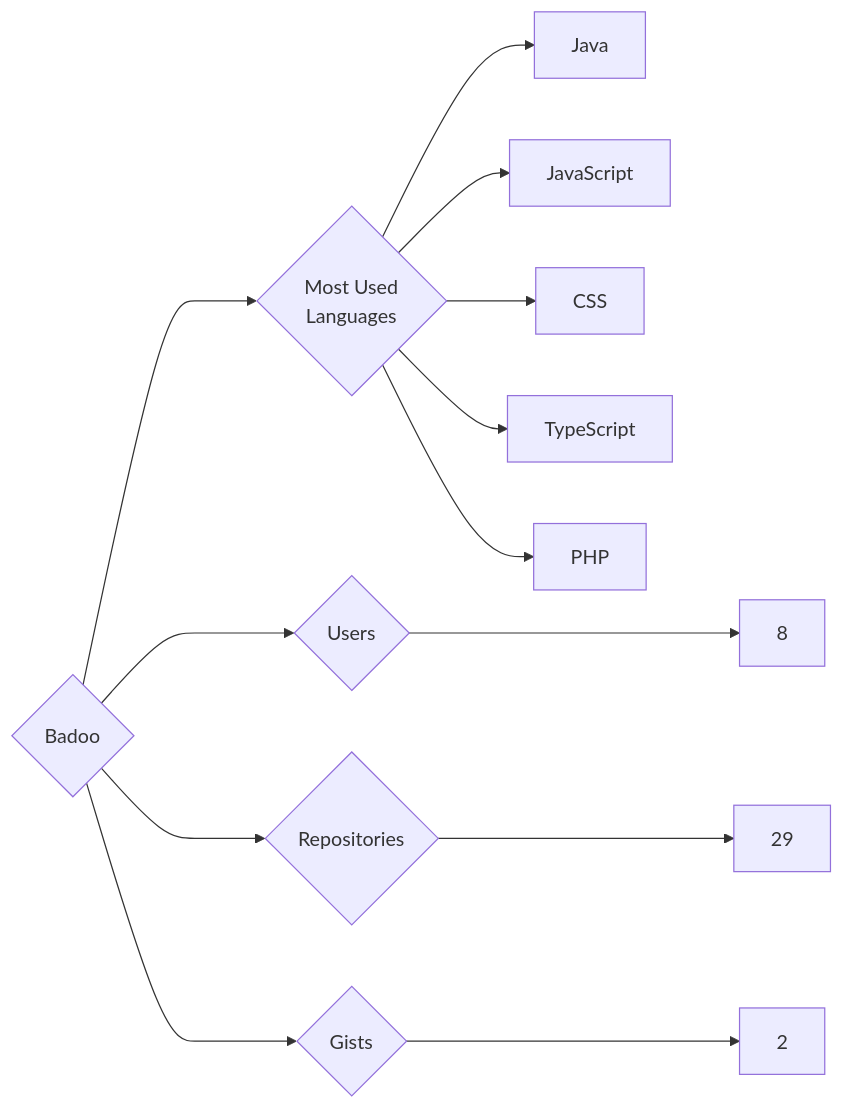
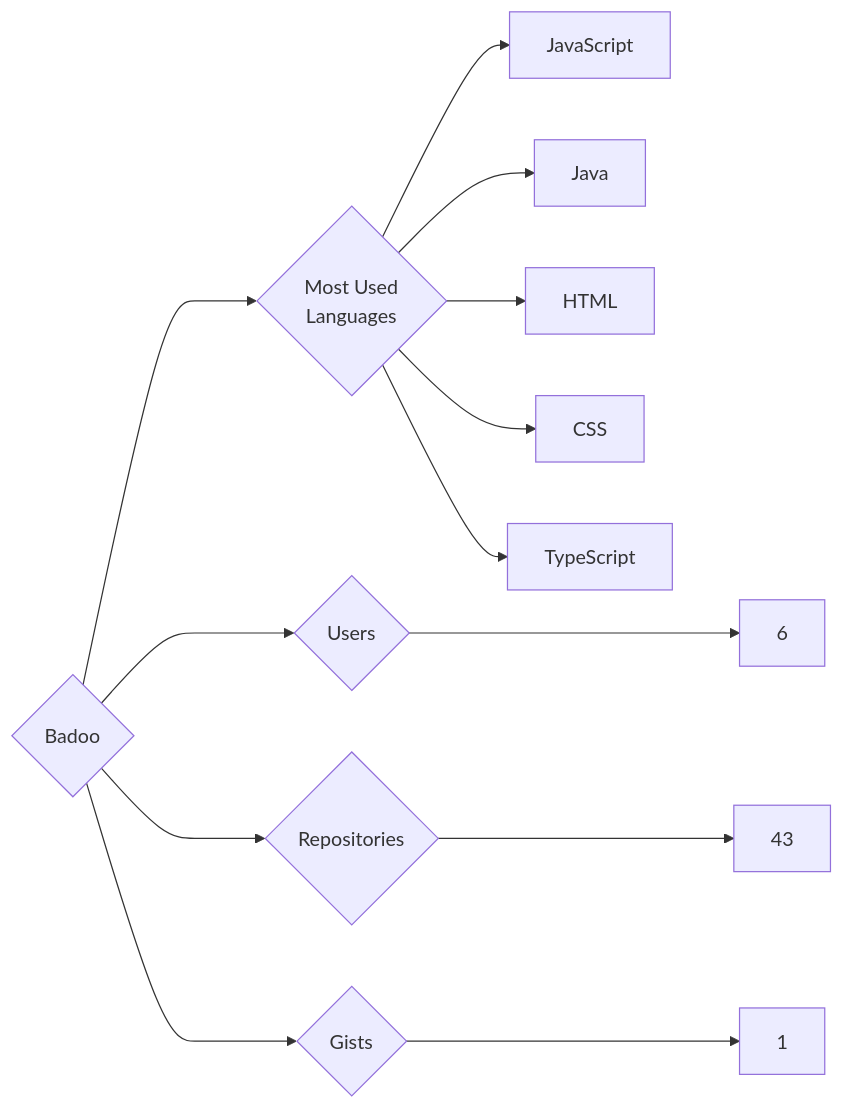
The diagram in targets/Badoo/README.md (trickest/insiders), drawn with Mermaid before and after one commit. The commit also changed 933 other files, not shown here.

````diff
--- a/targets/Badoo/README.md
+++ b/targets/Badoo/README.md
@@ -3,13 +3,13 @@
 ```mermaid
 graph LR
 COMPANY_NAME{Badoo}
-COMPANY_NAME ---> U{Users} ---> UN[8]
-COMPANY_NAME ---> R{Repositories} ---> RN[29]
-COMPANY_NAME ---> G{Gists} ---> GN[2]
+COMPANY_NAME ---> U{Users} ---> UN[6]
+COMPANY_NAME ---> R{Repositories} ---> RN[43]
+COMPANY_NAME ---> G{Gists} ---> GN[1]
 COMPANY_NAME ---> ML{Most Used<br>Languages}
+ML --> JavaScript[JavaScript]
 ML --> Java[Java]
-ML --> JavaScript[JavaScript]
+ML --> HTML[HTML]
 ML --> CSS[CSS]
 ML --> TypeScript[TypeScript]
-ML --> PHP[PHP]
 ```
````
